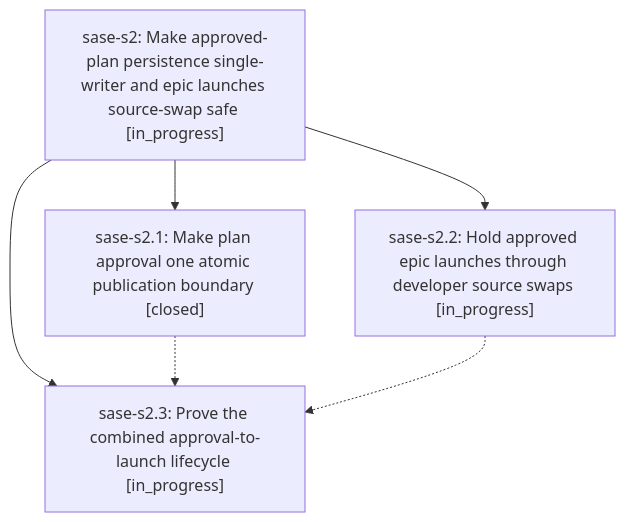
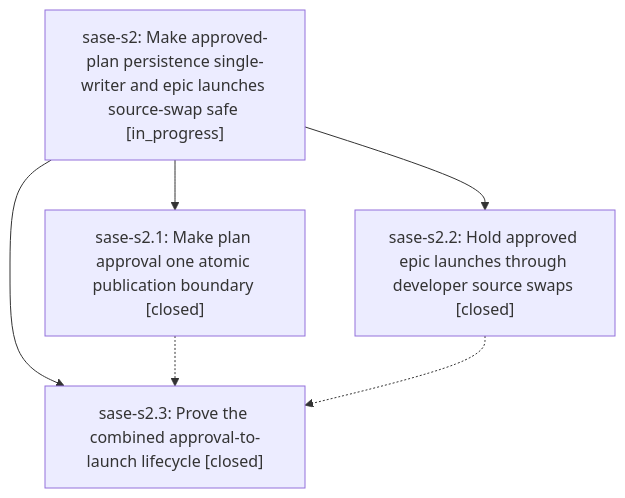
One commit to sase-org/sase--beads changed the diagram in pages/sase-s2/README.md. Above: the diagram before and after it, drawn with Mermaid. The commit also changed other lines of this file and 3 other files, not shown here.

````diff
--- a/pages/sase-s2/README.md
+++ b/pages/sase-s2/README.md
@@ -24,12 +28,12 @@
 ```mermaid
 flowchart TD
     n0["sase-s2: Make approved-plan persistence single-writer and epic launches source-swap safe [in_progress]"]
     n1["sase-s2.1: Make plan approval one atomic publication boundary [closed]"]
-    n2["sase-s2.2: Hold approved epic launches through developer source swaps [in_progress]"]
-    n3["sase-s2.3: Prove the combined approval-to-launch lifecycle [in_progress]"]
+    n2["sase-s2.2: Hold approved epic launches through developer source swaps [closed]"]
+    n3["sase-s2.3: Prove the combined approval-to-launch lifecycle [closed]"]
     n0 --> n1
     n0 --> n2
     n0 --> n3
     n1 -.-> n3
     n2 -.-> n3
 ```
````
